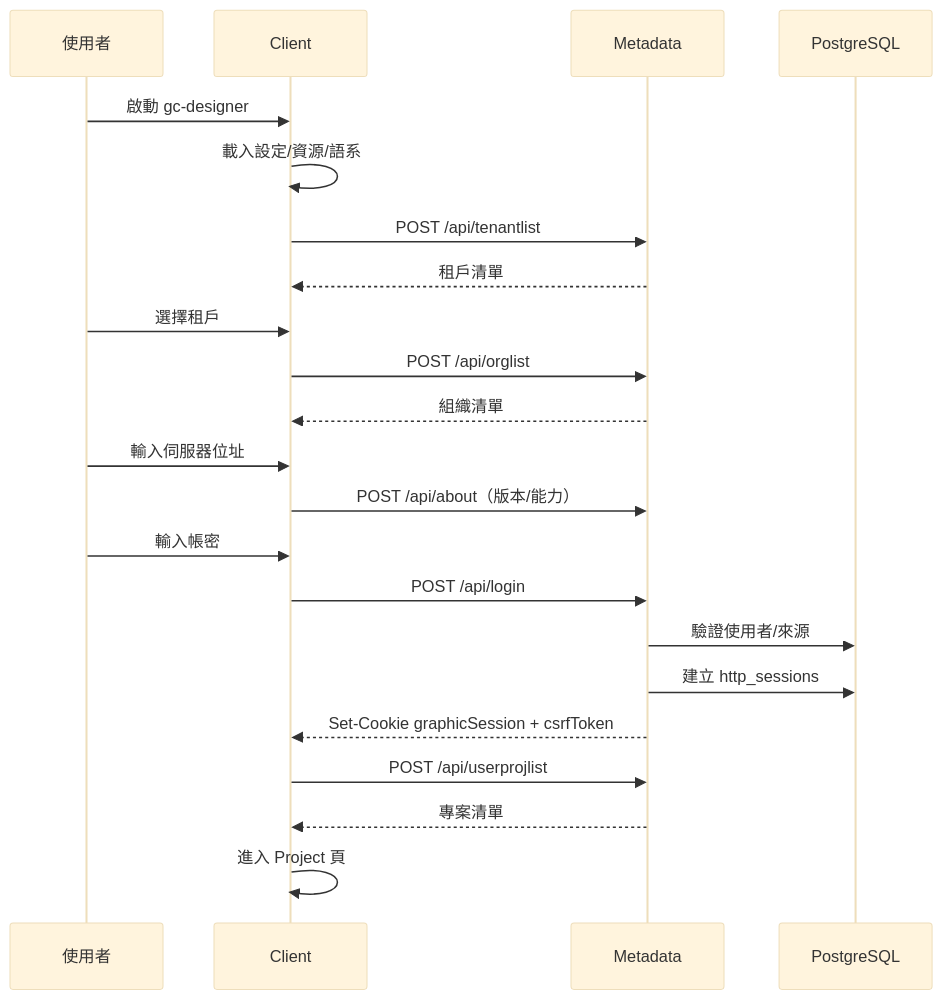
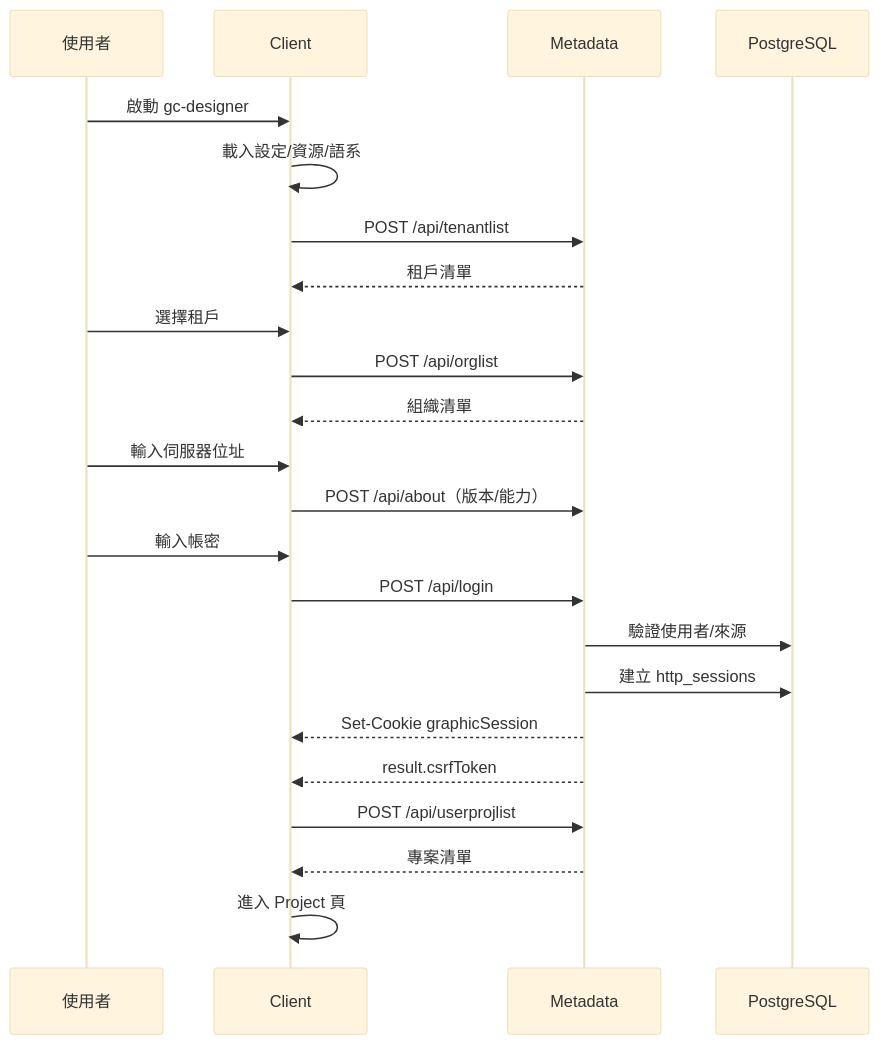
The first of 17 diagrams in SDS/09_Key_Flows.md (PochengChen-del/EdgeViewDoc), drawn with Mermaid (base theme) before and after one commit. The commit also changed 9 other files, not shown here.

Commit message:
security: drop redundant CSRF cookie and encrypt session passwords

````diff
--- a/SDS/09_Key_Flows.md
+++ b/SDS/09_Key_Flows.md
@@ -7,25 +7,26 @@
 ```mermaid
 sequenceDiagram
     participant U as 使用者
     participant C as Client
     participant M as Metadata
     participant DB as PostgreSQL
 
     U->>C: 啟動 gc-designer
     C->>C: 載入設定/資源/語系
     C->>M: POST /api/tenantlist
     M-->>C: 租戶清單
     U->>C: 選擇租戶
     C->>M: POST /api/orglist
     M-->>C: 組織清單
     U->>C: 輸入伺服器位址
     C->>M: POST /api/about（版本/能力）
     U->>C: 輸入帳密
     C->>M: POST /api/login
     M->>DB: 驗證使用者/來源
     M->>DB: 建立 http_sessions
-    M-->>C: Set-Cookie graphicSession + csrfToken
+    M-->>C: Set-Cookie graphicSession
+    M-->>C: result.csrfToken
     C->>M: POST /api/userprojlist
     M-->>C: 專案清單
     C->>C: 進入 Project 頁
 ```
````
